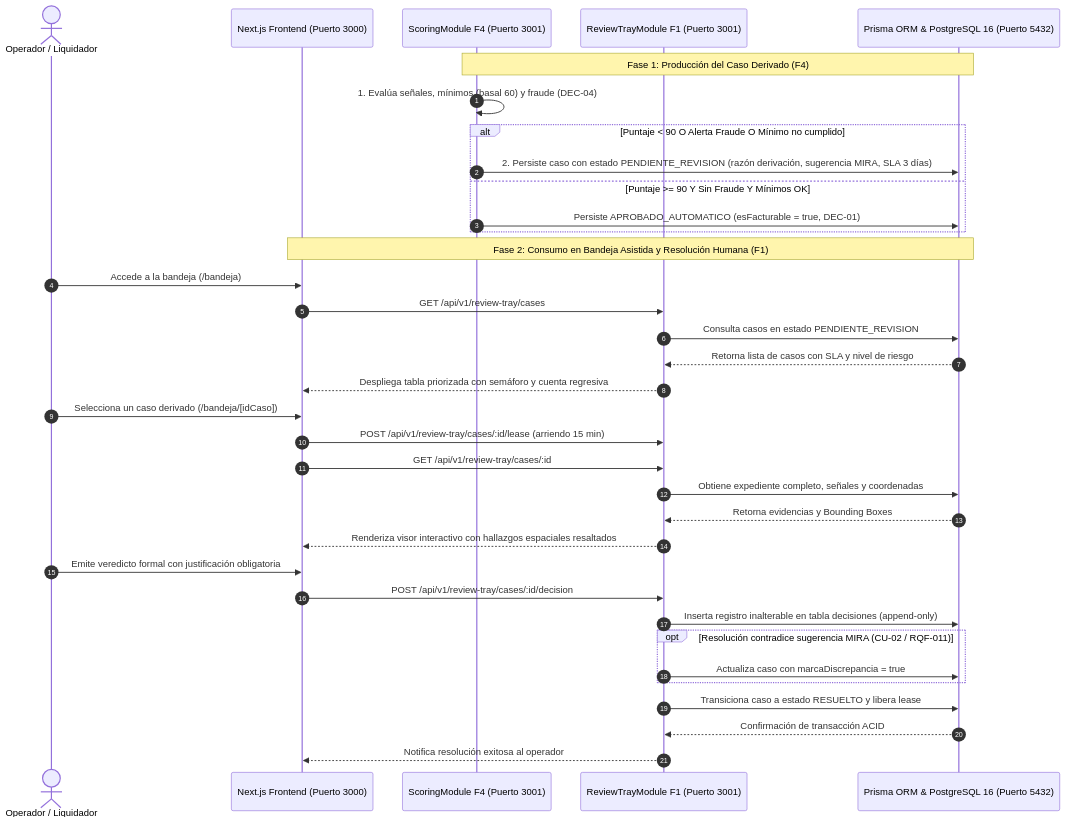
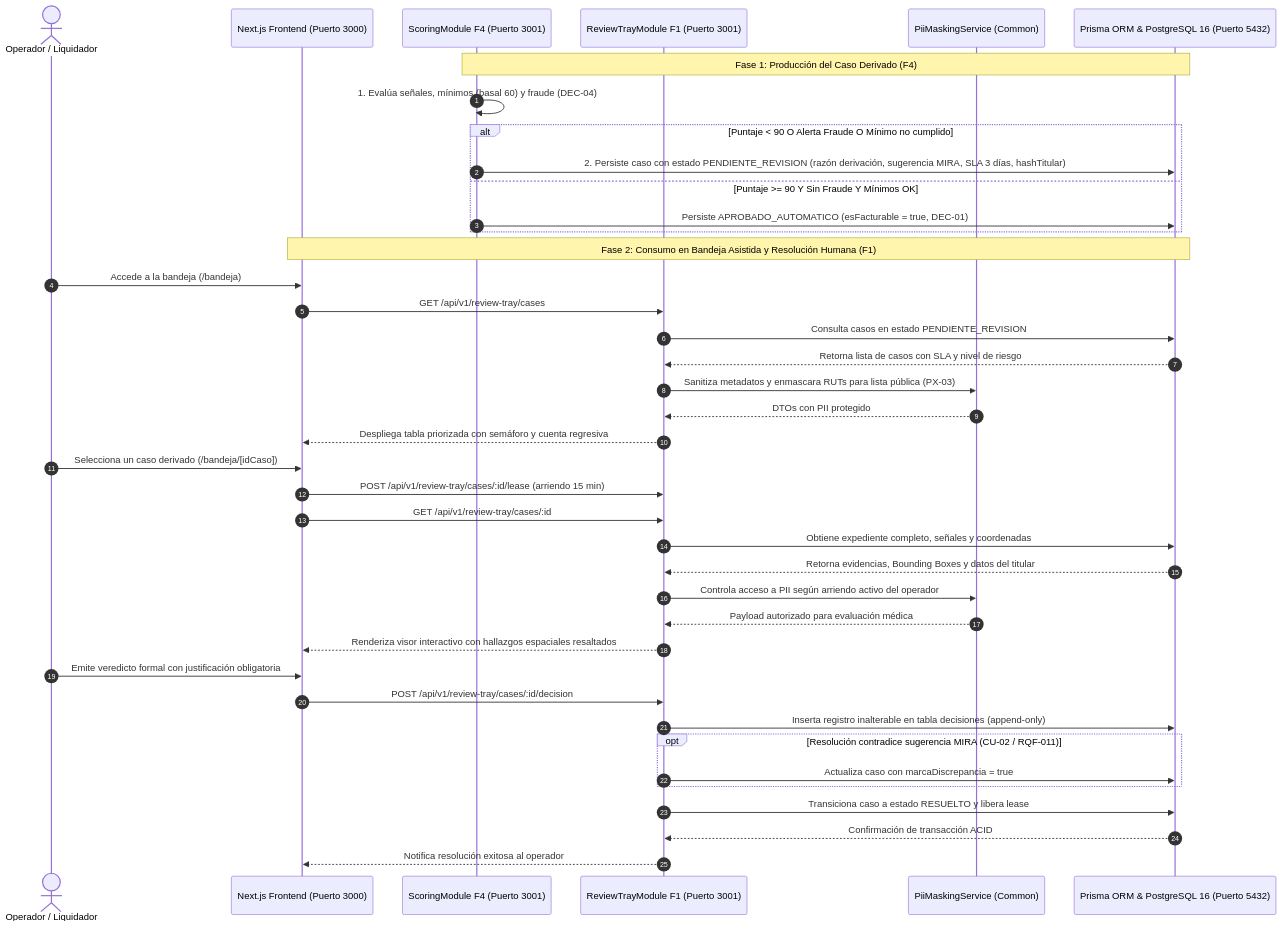
The second of 2 diagrams in specs/002-puntaje-decision-umbrales/plan.md (Frxnks/Entregas_DSLLMs), drawn with Mermaid before and after one commit. The commit also changed other lines of this file and 13 other files, not shown here.

````diff
--- a/specs/002-puntaje-decision-umbrales/plan.md
+++ b/specs/002-puntaje-decision-umbrales/plan.md
@@ -102,41 +108,46 @@
 ```mermaid
 sequenceDiagram
     autonumber
     actor Operador as Operador / Liquidador
     participant UI as Next.js Frontend (Puerto 3000)
     participant F4 as ScoringModule F4 (Puerto 3001)
     participant F1 as ReviewTrayModule F1 (Puerto 3001)
+    participant SEC as PiiMaskingService (Common)
     participant DB as Prisma ORM & PostgreSQL 16 (Puerto 5432)
 
     Note over F4,DB: Fase 1: Producción del Caso Derivado (F4)
     F4->>F4: 1. Evalúa señales, mínimos (basal 60) y fraude (DEC-04)
     alt Puntaje < 90 O Alerta Fraude O Mínimo no cumplido
-        F4->>DB: 2. Persiste caso con estado PENDIENTE_REVISION (razón derivación, sugerencia MIRA, SLA 3 días)
+        F4->>DB: 2. Persiste caso con estado PENDIENTE_REVISION (razón derivación, sugerencia MIRA, SLA 3 días, hashTitular)
     else Puntaje >= 90 Y Sin Fraude Y Mínimos OK
         F4->>DB: Persiste APROBADO_AUTOMATICO (esFacturable = true, DEC-01)
     end
 
     Note over UI,DB: Fase 2: Consumo en Bandeja Asistida y Resolución Humana (F1)
     Operador->>UI: Accede a la bandeja (/bandeja)
     UI->>F1: GET /api/v1/review-tray/cases
     F1->>DB: Consulta casos en estado PENDIENTE_REVISION
     DB-->>F1: Retorna lista de casos con SLA y nivel de riesgo
+    F1->>SEC: Sanitiza metadatos y enmascara RUTs para lista pública (PX-03)
+    SEC-->>F1: DTOs con PII protegido
     F1-->>UI: Despliega tabla priorizada con semáforo y cuenta regresiva
 
     Operador->>UI: Selecciona un caso derivado (/bandeja/[idCaso])
     UI->>F1: POST /api/v1/review-tray/cases/:id/lease (arriendo 15 min)
     UI->>F1: GET /api/v1/review-tray/cases/:id
     F1->>DB: Obtiene expediente completo, señales y coordenadas
-    DB-->>F1: Retorna evidencias y Bounding Boxes
+    DB-->>F1: Retorna evidencias, Bounding Boxes y datos del titular
+    F1->>SEC: Controla acceso a PII según arriendo activo del operador
+    SEC-->>F1: Payload autorizado para evaluación médica
     F1-->>UI: Renderiza visor interactivo con hallazgos espaciales resaltados
 
     Operador->>UI: Emite veredicto formal con justificación obligatoria
     UI->>F1: POST /api/v1/review-tray/cases/:id/decision
     F1->>DB: Inserta registro inalterable en tabla decisiones (append-only)
     opt Resolución contradice sugerencia MIRA (CU-02 / RQF-011)
         F1->>DB: Actualiza caso con marcaDiscrepancia = true
     end
     F1->>DB: Transiciona caso a estado RESUELTO y libera lease
     DB-->>F1: Confirmación de transacción ACID
     F1-->>UI: Notifica resolución exitosa al operador
 ```
````
